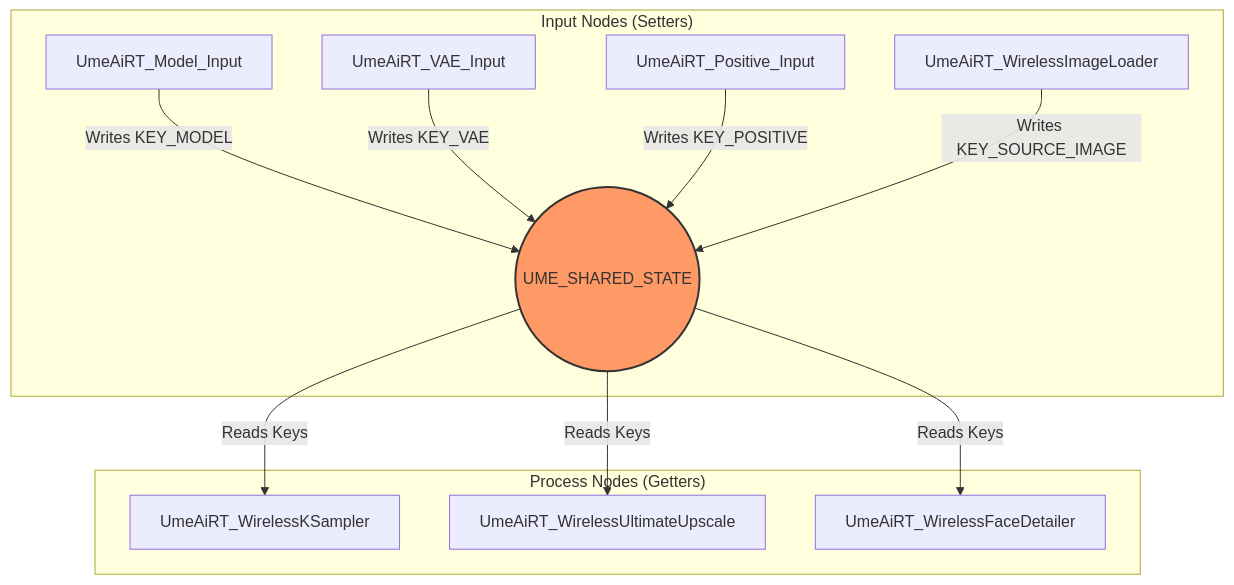
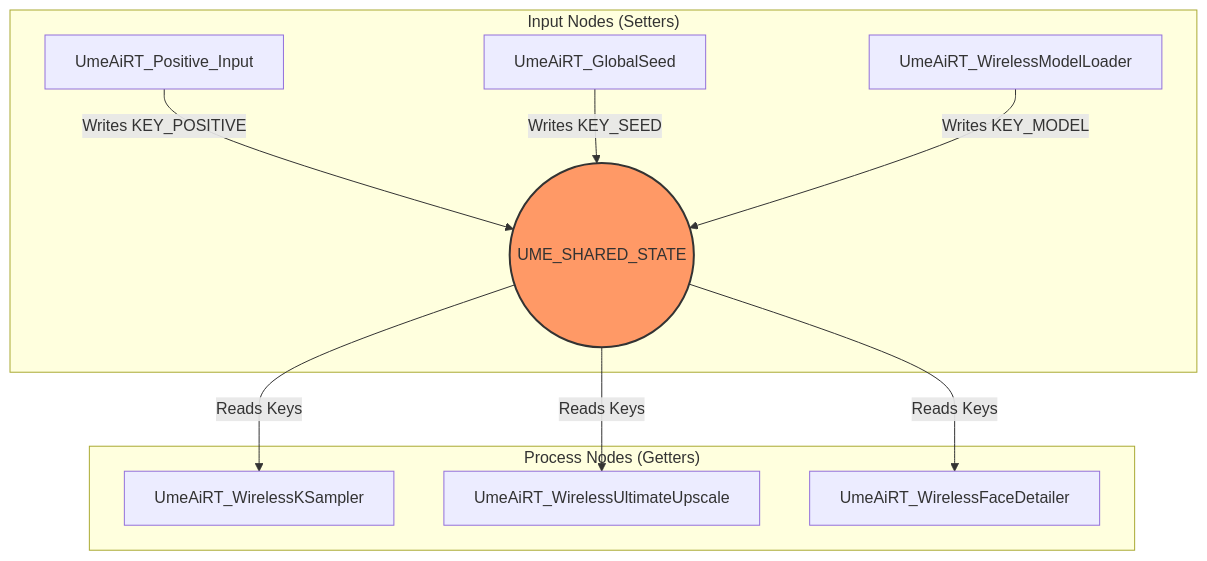
One commit to UmeAiRT/ComfyUI-UmeAiRT-Toolkit changed the diagram in docs/codemaps/wireless.md. Above: the diagram before and after it, drawn with Mermaid. The commit also changed other lines of this file and 29 other files, not shown here.

First line of the commit message:
Major Refactoring: Modularized architecture, enhanced Nodes 2.0 theme, and UI cleanup

````diff
--- a/docs/codemaps/wireless.md
+++ b/docs/codemaps/wireless.md
@@ -20,17 +10,16 @@
 ```mermaid
 graph TD
     subgraph "Input Nodes (Setters)"
-        A[UmeAiRT_Model_Input] -->|Writes KEY_MODEL| S((UME_SHARED_STATE))
-        B[UmeAiRT_VAE_Input] -->|Writes KEY_VAE| S
-        C[UmeAiRT_Positive_Input] -->|Writes KEY_POSITIVE| S
-        D[UmeAiRT_WirelessImageLoader] -->|Writes KEY_SOURCE_IMAGE| S
+        A[UmeAiRT_Positive_Input] -->|Writes KEY_POSITIVE| S((UME_SHARED_STATE))
+        B[UmeAiRT_GlobalSeed] -->|Writes KEY_SEED| S
+        C[UmeAiRT_WirelessModelLoader] -->|Writes KEY_MODEL| S
     end
 
     subgraph "Process Nodes (Getters)"
         S -->|Reads Keys| K[UmeAiRT_WirelessKSampler]
         S -->|Reads Keys| U[UmeAiRT_WirelessUltimateUpscale]
         S -->|Reads Keys| F[UmeAiRT_WirelessFaceDetailer]
     end
 
     style S fill:#f96,stroke:#333,stroke-width:2px
 ```
````
